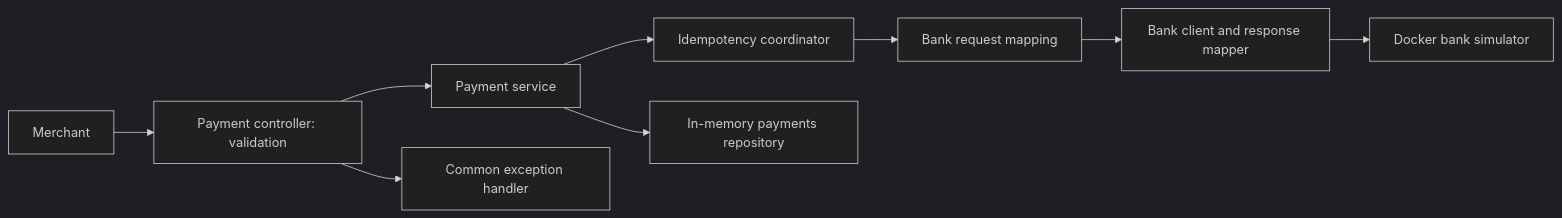
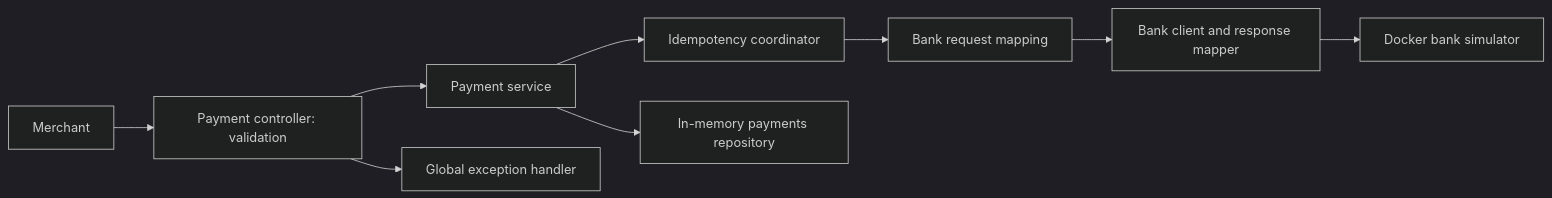
One commit to DanielRaheem/payment-gateway-challenge-java changed the diagram in docs/architecture.md. Above: the diagram before and after it, drawn with Mermaid (dark theme).

Commit message:
Fixing typo

````diff
--- a/docs/architecture.md
+++ b/docs/architecture.md
@@ -10,11 +10,11 @@
 ```mermaid
 flowchart LR
     Merchant --> Controller[Payment controller: validation]
     Controller --> Service[Payment service]
     Service --> Idempotency[Idempotency coordinator]
     Idempotency --> Mapping[Bank request mapping]
     Mapping --> Client[Bank client and response mapper]
     Client --> Simulator[Docker bank simulator]
     Service --> Repository[In-memory payments repository]
-    Controller --> Errors[Common exception handler]
+    Controller --> Errors[Global exception handler]
 ```
````
